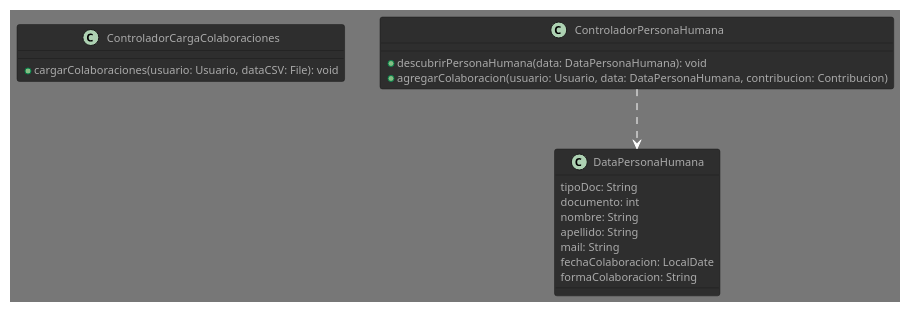
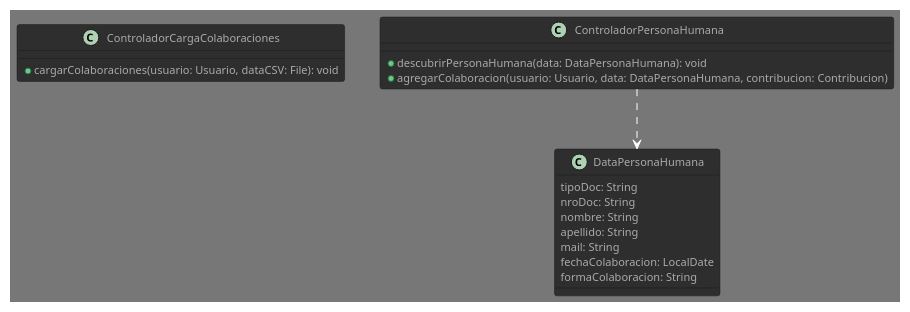
Before and after one commit to eitan-wajsberg/tp-anual-dds-2024: the diagram in documentos/segundaEntrega/diagramaDeClasesControladores.puml, drawn with PlantUML. The commit also changed 18 other files, not shown here.

```diff
--- a/documentos/segundaEntrega/diagramaDeClasesControladores.puml
+++ b/documentos/segundaEntrega/diagramaDeClasesControladores.puml
@@ -1,80 +1,80 @@
 @startuml diagramaDeClasesControladores
 !theme reddress-darkblue
 
 class ControladorCargaColaboraciones {
     + cargarColaboraciones(usuario: Usuario, dataCSV: File): void
 }
 
 /'
 void cargarColaboraciones(usuario: Usuario, archivoCSV: String){
     
     Permiso permisoCargarColaboraciones = RepositorioPermisos.buscar("CARGAR_COLABORACION");
     if(!usuario.getRol().tenesPermiso(permisoCargarColaboraciones)) {
         throw new PermisoInsuficienteException(permisoCargarColaboraciones);
     }
     
     // Crear un objeto Reader para el archivo CSV
     Reader reader = new FileReader(archivoCSV);
 
     // Crear un parser CSV con el formato predeterminado
     CSVParser csvParser = CSVFormat.DEFAULT.parse(reader);
 
     for (CSVRecord record : csvParser) {
         // Acceder a los valores de cada columna por su índice
         String TipoDocumento = record.get(0);
         Int DNI = record.get(1);
         Documento doc = new Documento(TipoDocumento, DNI);
         // lleno DataPersona con tipo doc, nro, nombre, apellido y mail
         controladorPersona.descubrirPersonaHumana(doc);
         ...
         TipoColaboracion colaboracion;
         switch(record.get("forma de colaboracion")){
           case "dinero":
             colaboracion = new DonacionDinero(cantidad); break;
           ...
         }
         controladorPersona.agregarColaboracionAPersona(usuario, DataPersona, colaboracion);
     }
 }
 tipo doc    documento   fecha colaboracion      forma colab         cantidad
 dni         111         25/5/2024               dinero              100
 dni         120         25/5/2024               dinero              50
 dni         111         25/5/2024               entraga_tarjetas    3
 '/
 
 class ControladorPersonaHumana {
     + descubrirPersonaHumana(data: DataPersonaHumana): void
     + agregarColaboracion(usuario: Usuario, data: DataPersonaHumana, contribucion: Contribucion)
 }
 
 /'
 PersonaHumana descubrirPersonaHumana(doc: Documento) {
         PersonaHumana persona = RepositorioPersonaHumana.buscar(doc);
 
         if(persona == NULL) {
             crear usuario
             crear persona humana y ponerle el usuario
 
             mandar Mail
         }
 
         crear instancias de contribuciones
         asignarlas a la persona
 
         actualizar persona en repositorio
 }
 '/
 
 ControladorPersonaHumana ..> DataPersonaHumana
 
 class DataPersonaHumana {
     tipoDoc: String
-    documento: int
+    nroDoc: String
     nombre: String
     apellido: String
     mail: String
     fechaColaboracion: LocalDate
     formaColaboracion: String
 }
 
 @enduml
```
